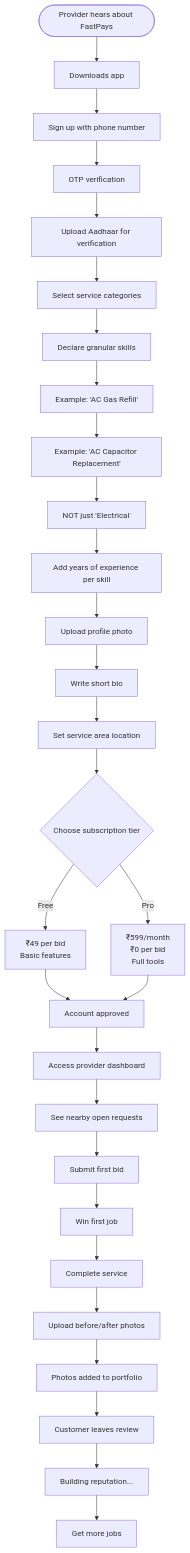
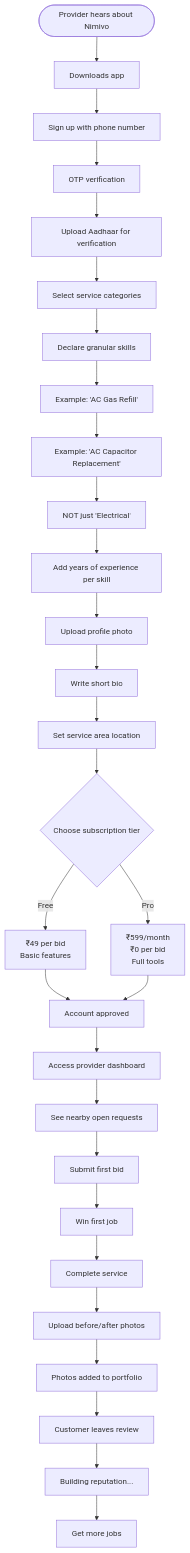
The fourth of 21 diagrams in WORKFLOW_DIAGRAMS.md (ashutosh48555/Nimivo), drawn with Mermaid before and after one commit. The commit also changed other lines of this file and 22 other files, not shown here.

````diff
--- a/WORKFLOW_DIAGRAMS.md
+++ b/WORKFLOW_DIAGRAMS.md
@@ -98,36 +98,36 @@
 ```mermaid
 flowchart TD
-    Start([Provider hears about FastPays]) --> Download[Downloads app]
+    Start([Provider hears about Nimivo]) --> Download[Downloads app]
     Download --> SignUp[Sign up with phone number]
     SignUp --> OTP[OTP verification]
     OTP --> Identity[Upload Aadhaar for verification]
     Identity --> Category[Select service categories]
     Category --> Skills[Declare granular skills]
     
     Skills --> Example1["Example: 'AC Gas Refill'"]
     Example1 --> Example2["Example: 'AC Capacitor Replacement'"]
     Example2 --> Example3["NOT just 'Electrical'"]
     
     Example3 --> Experience[Add years of experience per skill]
     Experience --> Photo[Upload profile photo]
     Photo --> Bio[Write short bio]
     Bio --> Location[Set service area location]
     Location --> Tier{Choose subscription tier}
     
     Tier -->|Free| Free["₹49 per bid<br/>Basic features"]
     Tier -->|Pro| Pro["₹599/month<br/>₹0 per bid<br/>Full tools"]
     
     Free --> Approved[Account approved]
     Pro --> Approved
     
     Approved --> Dashboard[Access provider dashboard]
     Dashboard --> SeeJobs[See nearby open requests]
     SeeJobs --> FirstBid[Submit first bid]
     FirstBid --> Win[Win first job]
     Win --> Complete[Complete service]
     Complete --> Upload[Upload before/after photos]
     Upload --> Portfolio[Photos added to portfolio]
     Portfolio --> Review[Customer leaves review]
     Review --> Build[Building reputation...]
     Build --> More[Get more jobs]
 ```
````
